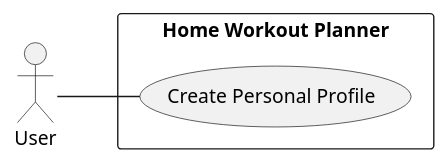
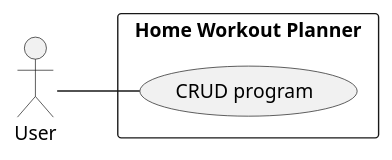
The diagram in Use Case Diagram/inp/sprint_1.pu (Suirita/4.launch-of-the-red-thread-project), drawn with PlantUML before and after one commit. The commit also changed 11 other files, not shown here.

```diff
--- a/Use Case Diagram/inp/sprint_1.pu
+++ b/Use Case Diagram/inp/sprint_1.pu
@@ -1,12 +1,12 @@
 @startuml home_workout_planner_S1
 left to right direction
 
 actor User as user
 
 rectangle "Home Workout Planner" {
-usecase "Create Personal Profile" as UC1
+usecase "CRUD program" as UC1
 }
 
 user -- UC1
 
 @enduml
```
